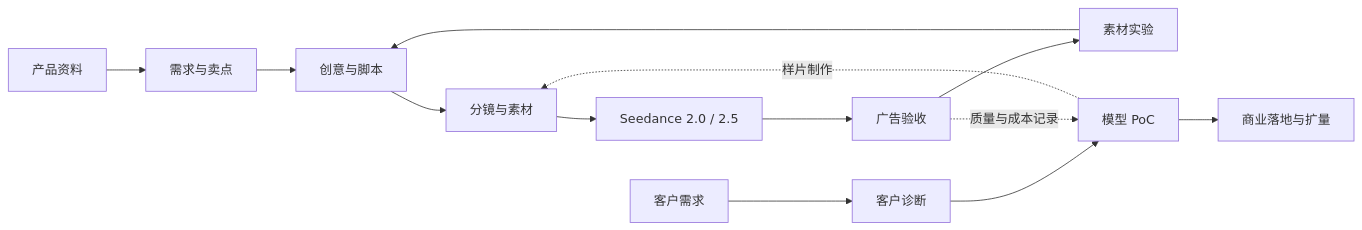
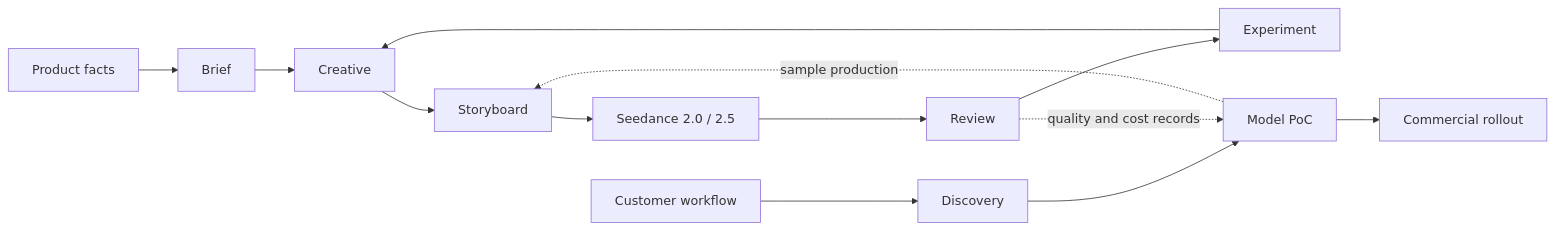
Before and after one commit to AY-kkk/ad-gtm: the diagram in README.md, drawn with Mermaid. The commit also changed other lines of this file and 2 other files, not shown here.

````diff
--- a/README.md
+++ b/README.md
@@ -42,15 +61,15 @@
 ```mermaid
 flowchart LR
-    B[产品资料] --> C[需求与卖点]
-    C --> D[创意与脚本]
-    D --> E[分镜与素材]
+    B[Product facts] --> C[Brief]
+    C --> D[Creative]
+    D --> E[Storyboard]
     E --> F[Seedance 2.0 / 2.5]
-    F --> G[广告验收]
-    G --> H[素材实验]
+    F --> G[Review]
+    G --> H[Experiment]
     H --> D
-    I[客户需求] --> J[客户诊断]
-    J --> K[模型 PoC]
-    K --> L[商业落地与扩量]
-    K -.样片制作.-> E
-    G -.质量与成本记录.-> K
+    I[Customer workflow] --> J[Discovery]
+    J --> K[Model PoC]
+    K --> L[Commercial rollout]
+    K -.sample production.-> E
+    G -.quality and cost records.-> K
 ```
````
